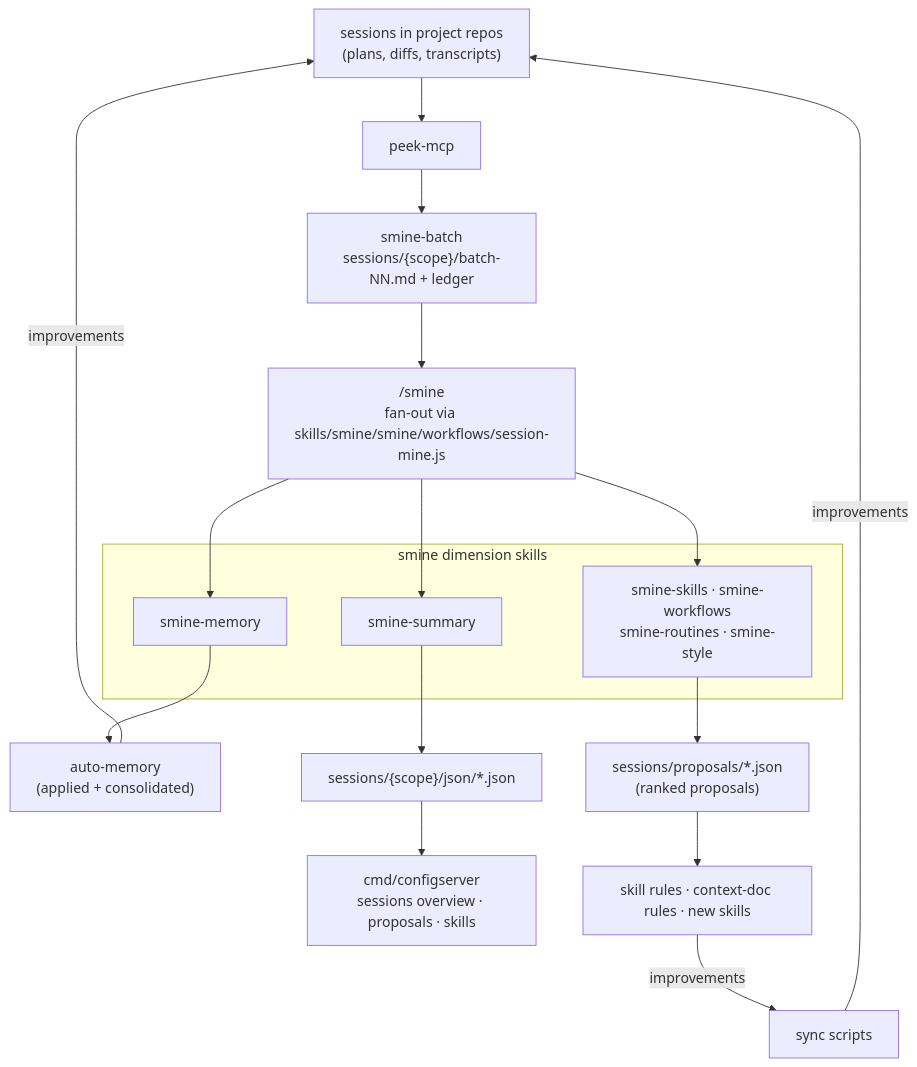
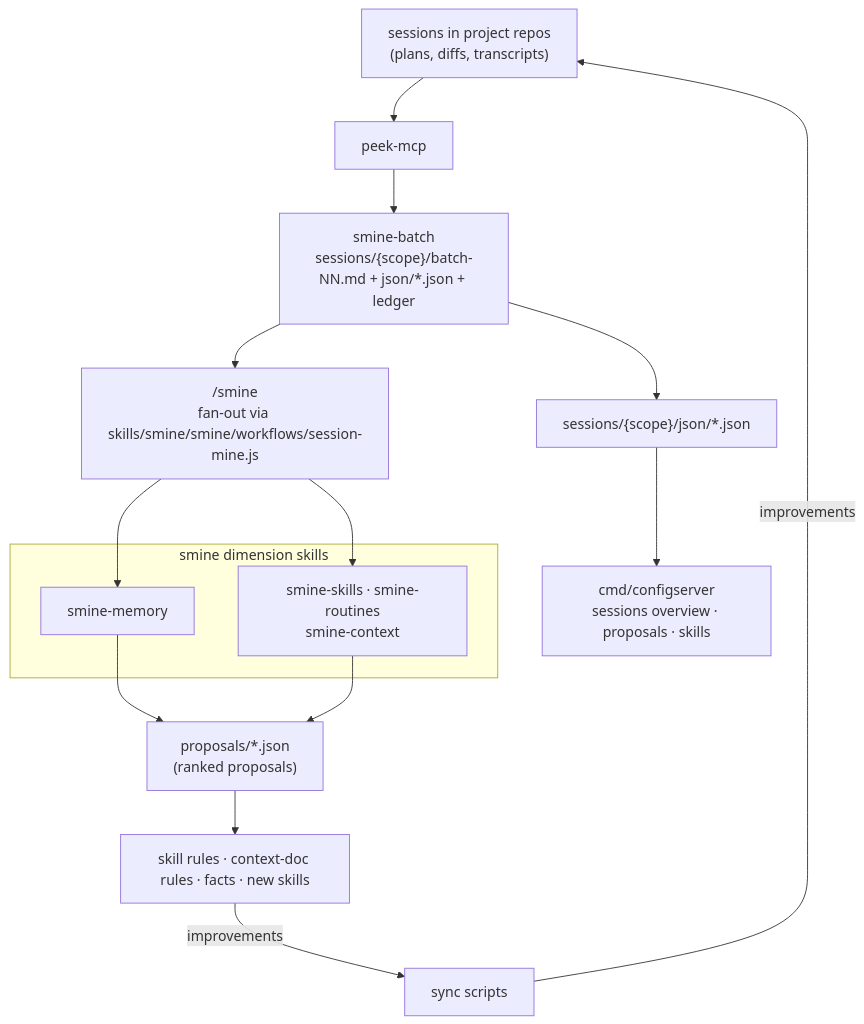
Before and after one commit to kevinhorst/smine: the first of 3 diagrams in README.md, drawn with Mermaid. The commit also changed other lines of this file and 8 other files, not shown here.

Commit message:
docs: acdsl spec and go-tools docs, dropped nightly-routines/skill-map/telemetry, README refresh

````diff
--- a/README.md
+++ b/README.md
@@ -30,22 +30,19 @@
 ```mermaid
 flowchart TD
     S["sessions in project repos<br>(plans, diffs, transcripts)"] --> P["peek-mcp"]
-    P --> SA["smine-batch<br>sessions/{scope}/batch-NN.md + ledger"]
+    P --> SA["smine-batch<br>sessions/{scope}/batch-NN.md + json/*.json + ledger"]
     SA --> AN["/smine<br>fan-out via skills/smine/smine/workflows/session-mine.js"]
     subgraph DIM["smine dimension skills"]
         M["smine-memory"]
-        K["smine-skills · smine-workflows<br>smine-routines · smine-style"]
-        J["smine-summary"]
+        K["smine-skills · smine-routines<br>smine-context"]
     end
     AN --> M
     AN --> K
-    AN --> J
-    M --> MEM["auto-memory<br>(applied + consolidated)"]
-    K --> PR["sessions/proposals/*.json<br>(ranked proposals)"]
-    J --> JS["sessions/{scope}/json/*.json"]
+    SA --> JS["sessions/{scope}/json/*.json"]
+    M --> PR["proposals/*.json<br>(ranked proposals)"]
+    K --> PR
     JS --> CFG["cmd/configserver<br>sessions overview · proposals · skills"]
-    PR --> RULES["skill rules · context-doc rules · new skills"]
+    PR --> RULES["skill rules · context-doc rules · facts · new skills"]
     RULES -- "improvements" --> SY["sync scripts"]
     SY -- "improvements" --> S
-    MEM -- "improvements" --> S
 ```
````
